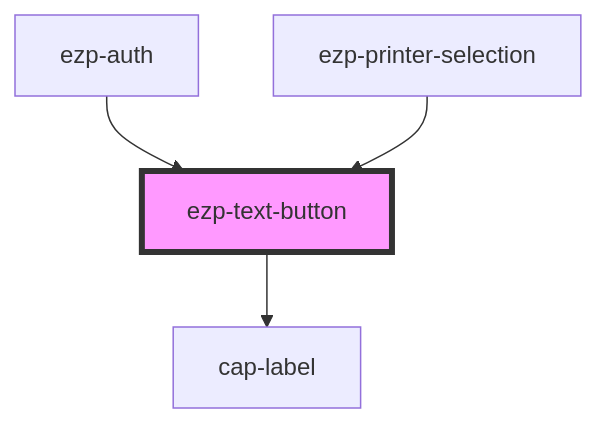
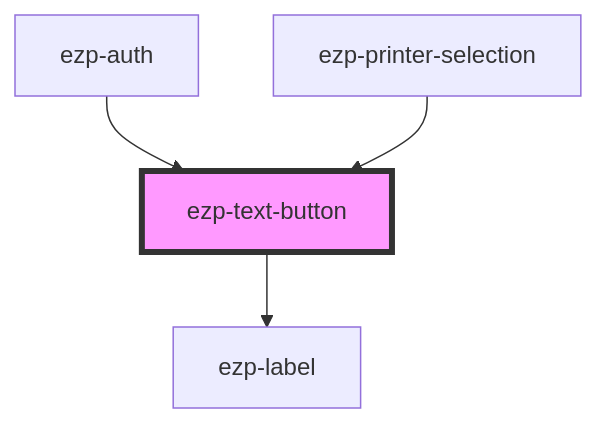
Before and after one commit to ezeep/ezeep-js: the diagram in src/components/ezp-text-button/readme.md, drawn with Mermaid. The commit also changed other lines of this file and 42 other files, not shown here.

````diff
--- a/src/components/ezp-text-button/readme.md
+++ b/src/components/ezp-text-button/readme.md
@@ -28,7 +29,7 @@
 ```mermaid
 graph TD;
-  ezp-text-button --> cap-label
+  ezp-text-button --> ezp-label
   ezp-auth --> ezp-text-button
   ezp-printer-selection --> ezp-text-button
   style ezp-text-button fill:#f9f,stroke:#333,stroke-width:4px
 ```
````
